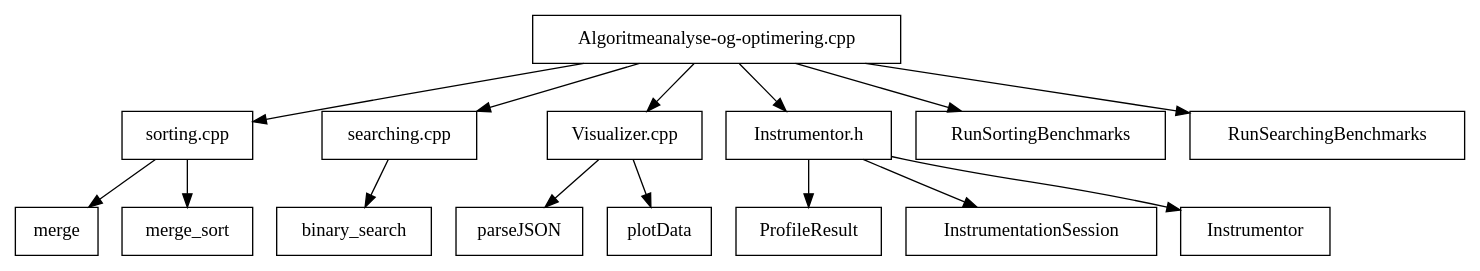
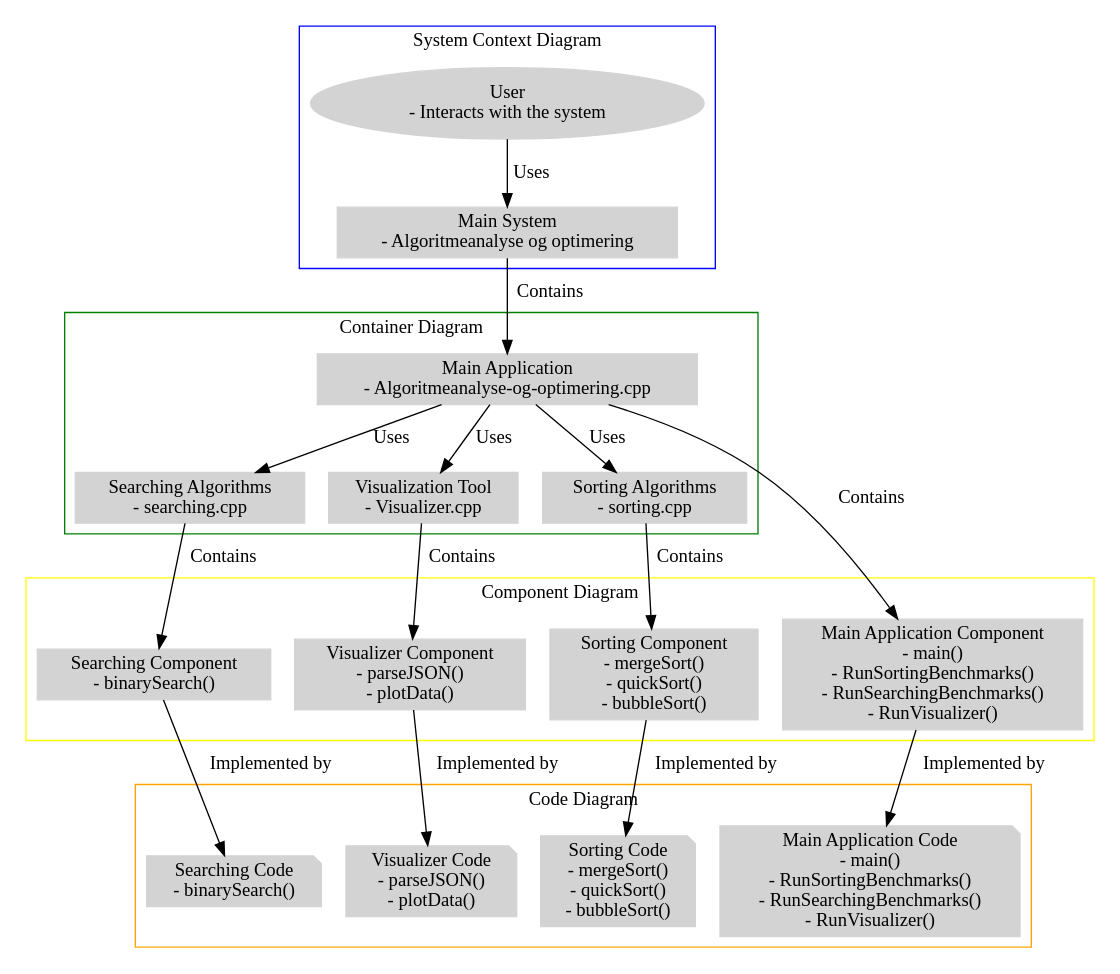
Before and after one commit to mbn-code/Algoritmeanalyse-og-optimering: the diagram in dotgraphs/program-flow.dot, drawn with Graphviz. The commit also changed 24 other files, not shown here.

```diff
--- a/dotgraphs/program-flow.dot
+++ b/dotgraphs/program-flow.dot
@@ -1,46 +1,63 @@
-digraph ProjectStructure {
-    node [shape=box];
+digraph C4Model {
+    rankdir=TB;
+    node [shape=rect, style=filled, color=lightgrey];
 
-    // Files
-    Algoritmeanalyse_og_optimering [label="Algoritmeanalyse-og-optimering.cpp"];
-    sorting_cpp [label="sorting.cpp"];
-    searching_cpp [label="searching.cpp"];
-    Visualizer_cpp [label="Visualizer.cpp"];
-    Instrumentor_h [label="Instrumentor.h"];
+    // System Context Diagram
+    subgraph cluster_SystemContext {
+        label="System Context Diagram";
+        color=blue;
 
-    // Relationships
-    Algoritmeanalyse_og_optimering -> sorting_cpp;
-    Algoritmeanalyse_og_optimering -> searching_cpp;
-    Algoritmeanalyse_og_optimering -> Visualizer_cpp;
-    Algoritmeanalyse_og_optimering -> Instrumentor_h;
+        User [label="User\n- Interacts with the system", shape=ellipse];
+        System [label="Main System\n- Algoritmeanalyse og optimering", shape=box];
+    }
 
-    // Functions in Algoritmeanalyse-og-optimering.cpp
-    RunSortingBenchmarks [label="RunSortingBenchmarks"];
-    RunSearchingBenchmarks [label="RunSearchingBenchmarks"];
-    Algoritmeanalyse_og_optimering -> RunSortingBenchmarks;
-    Algoritmeanalyse_og_optimering -> RunSearchingBenchmarks;
+    User -> System [label="Uses"];
 
-    // Functions in sorting.cpp
-    merge [label="merge"];
-    merge_sort [label="merge_sort"];
-    sorting_cpp -> merge;
-    sorting_cpp -> merge_sort;
+    // Container Diagram
+    subgraph cluster_Container {
+        label="Container Diagram";
+        color=green;
 
-    // Functions in searching.cpp
-    binary_search [label="binary_search"];
-    searching_cpp -> binary_search;
+        MainApp [label="Main Application\n- Algoritmeanalyse-og-optimering.cpp", shape=box];
+        Sorting [label="Sorting Algorithms\n- sorting.cpp", shape=box];
+        Searching [label="Searching Algorithms\n- searching.cpp", shape=box];
+        Visualizer [label="Visualization Tool\n- Visualizer.cpp", shape=box];
+    }
 
-    // Functions in Visualizer.cpp
-    parseJSON [label="parseJSON"];
-    plotData [label="plotData"];
-    Visualizer_cpp -> parseJSON;
-    Visualizer_cpp -> plotData;
+    System -> MainApp [label="Contains"];
+    MainApp -> Sorting [label="Uses"];
+    MainApp -> Searching [label="Uses"];
+    MainApp -> Visualizer [label="Uses"];
 
-    // Classes and Structs in Instrumentor.h
-    ProfileResult [label="ProfileResult"];
-    InstrumentationSession [label="InstrumentationSession"];
-    Instrumentor [label="Instrumentor"];
-    Instrumentor_h -> ProfileResult;
-    Instrumentor_h -> InstrumentationSession;
-    Instrumentor_h -> Instrumentor;
+    // Component Diagram
+    subgraph cluster_Component {
+        label="Component Diagram";
+        color=yellow;
+
+        MainAppComponent [label="Main Application Component\n- main()\n- RunSortingBenchmarks()\n- RunSearchingBenchmarks()\n- RunVisualizer()", shape=box];
+        SortingComponent [label="Sorting Component\n- mergeSort()\n- quickSort()\n- bubbleSort()", shape=box];
+        SearchingComponent [label="Searching Component\n- binarySearch()", shape=box];
+        VisualizerComponent [label="Visualizer Component\n- parseJSON()\n- plotData()", shape=box];
+    }
+
+    MainApp -> MainAppComponent [label="Contains"];
+    Sorting -> SortingComponent [label="Contains"];
+    Searching -> SearchingComponent [label="Contains"];
+    Visualizer -> VisualizerComponent [label="Contains"];
+
+    // Code Diagram
+    subgraph cluster_Code {
+        label="Code Diagram";
+        color=orange;
+
+        MainAppCode [label="Main Application Code\n- main()\n- RunSortingBenchmarks()\n- RunSearchingBenchmarks()\n- RunVisualizer()", shape=note];
+        SortingCode [label="Sorting Code\n- mergeSort()\n- quickSort()\n- bubbleSort()", shape=note];
+        SearchingCode [label="Searching Code\n- binarySearch()", shape=note];
+        VisualizerCode [label="Visualizer Code\n- parseJSON()\n- plotData()", shape=note];
+    }
+
+    MainAppComponent -> MainAppCode [label="Implemented by"];
+    SortingComponent -> SortingCode [label="Implemented by"];
+    SearchingComponent -> SearchingCode [label="Implemented by"];
+    VisualizerComponent -> VisualizerCode [label="Implemented by"];
 }
```
